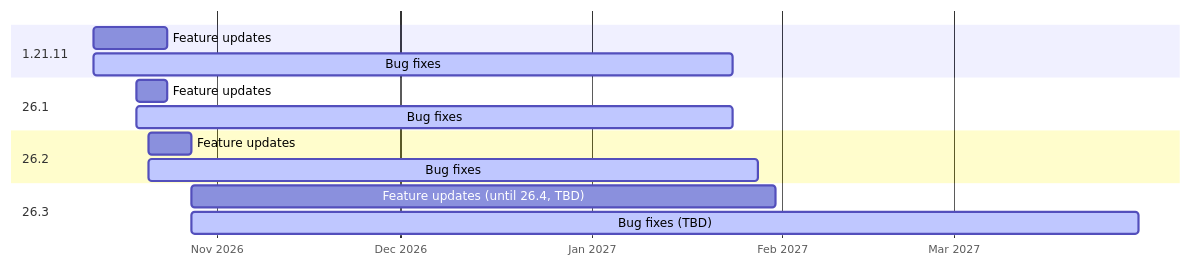
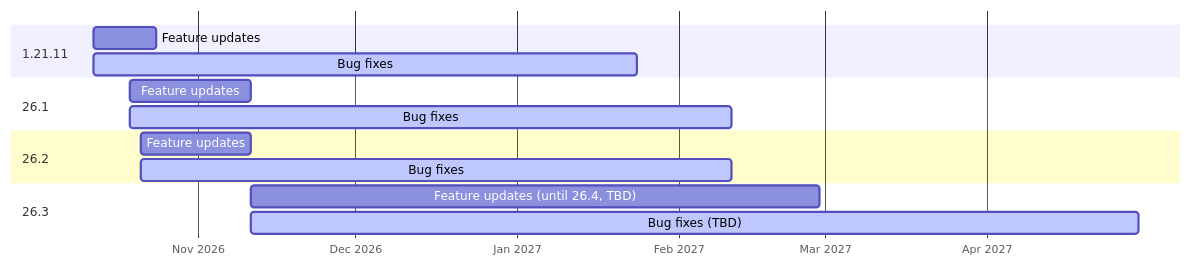
Before and after one commit to Restfulbee37/copper-golem-optimisation: the diagram in README.md, drawn with Mermaid. The commit also changed other lines of this file, not shown here.

Commit message:
Supported versions: 26.1 and 26.2 get features until 26.3

````diff
--- a/README.md
+++ b/README.md
@@ -35,17 +35,17 @@
 ```mermaid
 gantt
     dateFormat YYYY-MM-DD
     axisFormat %b %Y
     section 1.21.11
         Feature updates : 2026-10-12, 2026-10-24
         Bug fixes       : active, 2026-10-12, 2027-01-24
     section 26.1
-        Feature updates : 2026-10-19, 2026-10-24
-        Bug fixes       : active, 2026-10-19, 2027-01-24
+        Feature updates : 2026-10-19, 2026-11-11
+        Bug fixes       : active, 2026-10-19, 2027-02-11
     section 26.2
-        Feature updates : 2026-10-21, 2026-10-28
-        Bug fixes       : active, 2026-10-21, 2027-01-28
+        Feature updates : 2026-10-21, 2026-11-11
+        Bug fixes       : active, 2026-10-21, 2027-02-11
     section 26.3
-        Feature updates (until 26.4, TBD) : 2026-10-28, 2027-01-31
-        Bug fixes (TBD)                   : active, 2026-10-28, 2027-03-31
+        Feature updates (until 26.4, TBD) : 2026-11-11, 2027-02-28
+        Bug fixes (TBD)                   : active, 2026-11-11, 2027-04-30
 ```
````
